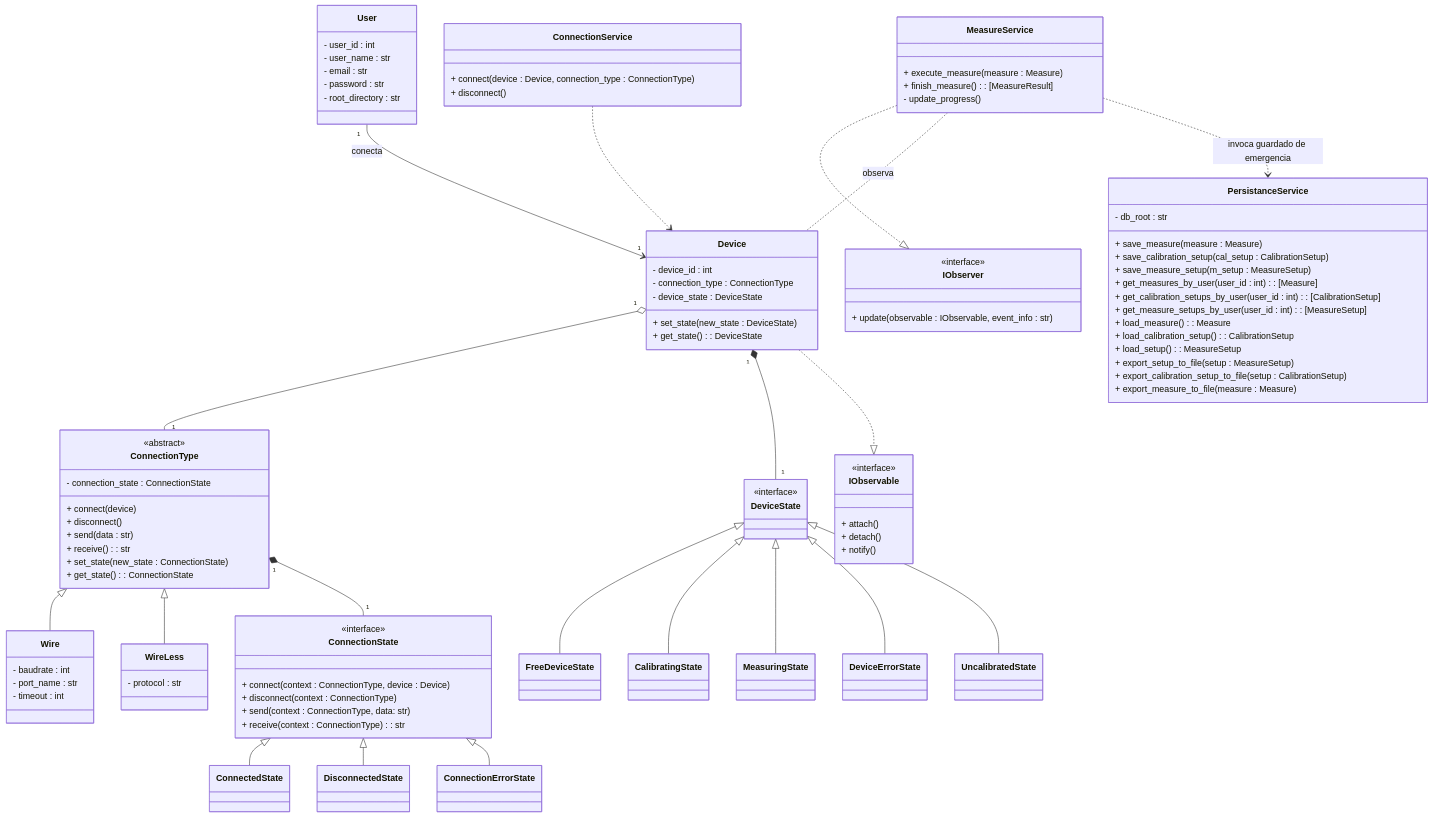
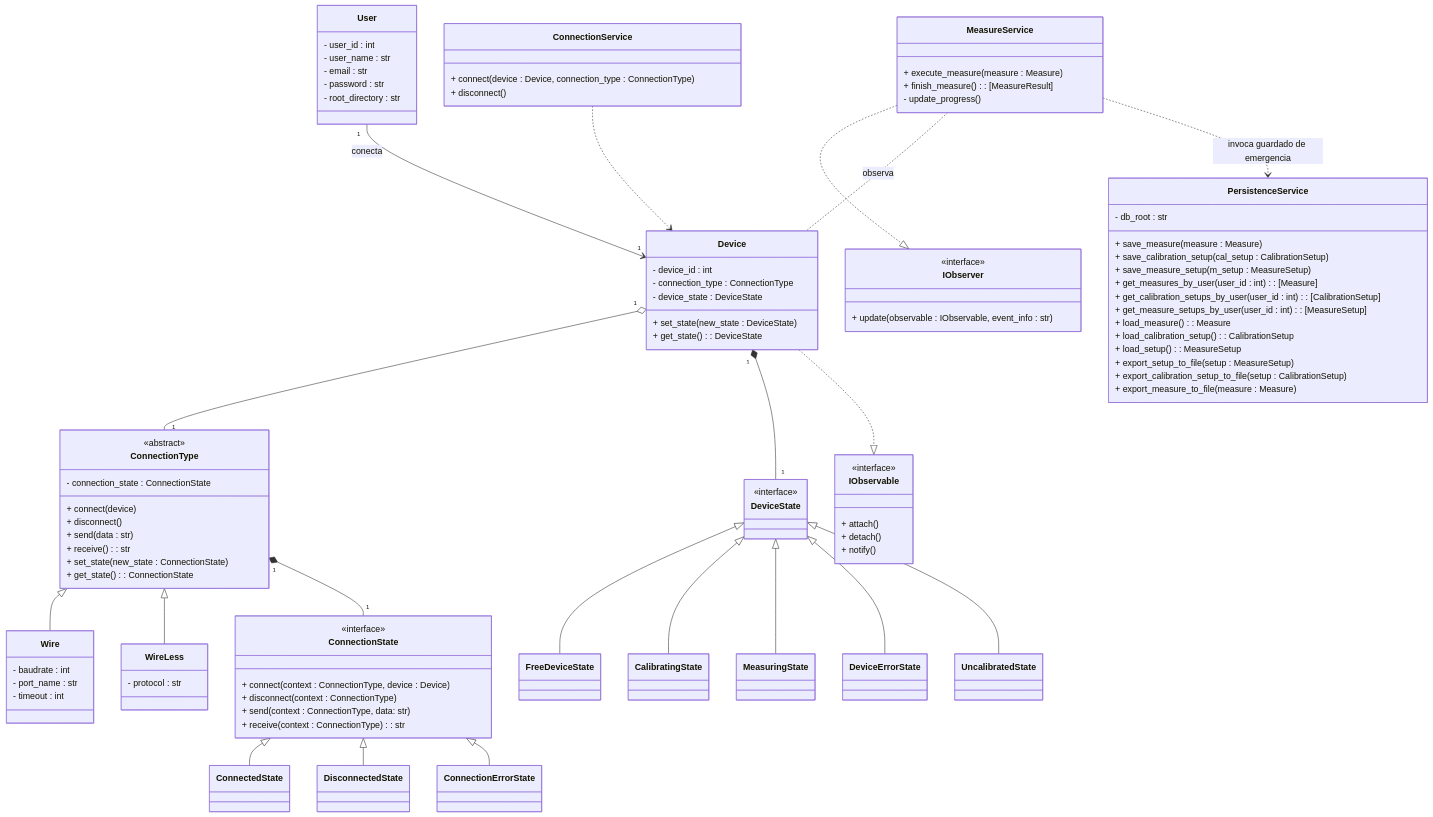
Before and after one commit to alegrelias/Repo-GMini: diagram 13 of 22 in Gmini-MarkDown/Guanaco Mini.md, drawn with Mermaid. The commit also changed other lines of this file, not shown here.

```diff
--- a/Gmini-MarkDown/Guanaco Mini.md
+++ b/Gmini-MarkDown/Guanaco Mini.md
@@ -1371,7 +1372,7 @@
 	+ finish_measure() : [MeasureResult]
 	- update_progress()
 }
-class PersistanceService{
+class PersistenceService{
 	- db_root : str
 	  
 	%% operaciones en db
@@ -1406,7 +1407,7 @@
 
 MeasureService ..|> IObserver
 MeasureService .. Device : observa
-MeasureService ..> PersistanceService : invoca guardado de emergencia
+MeasureService ..> PersistenceService : invoca guardado de emergencia
 
 
 ConnectionService ..>  Device
```
